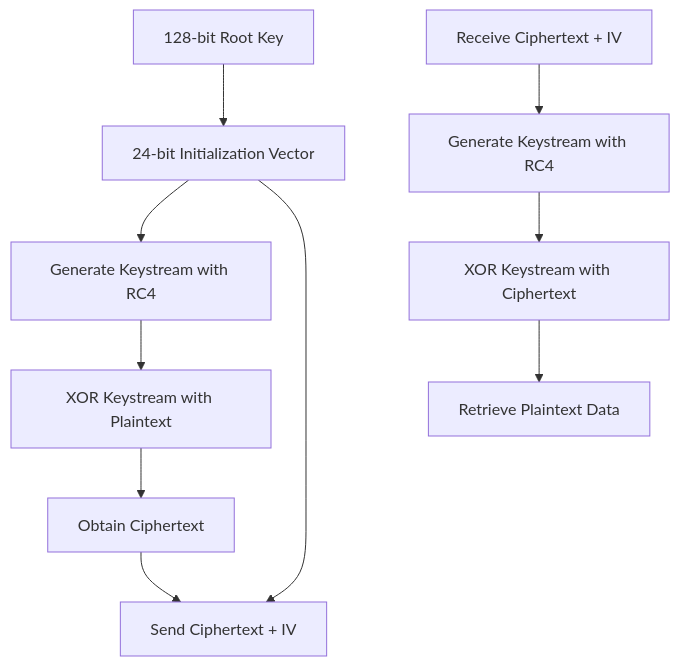
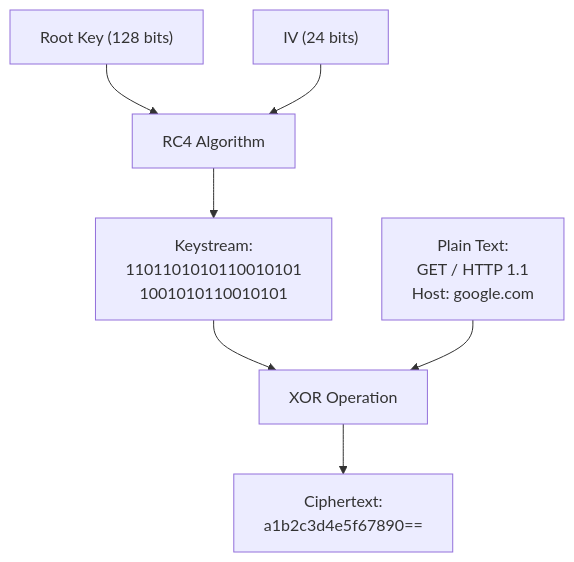
The second of 4 diagrams in posts/wireless03/index.md (Pr0xyG33k/Pr0xyG33k.github.io), drawn with Mermaid before and after one commit. The commit also changed other lines of this file and 32 other files, not shown here.

````diff
--- a/posts/wireless03/index.md
+++ b/posts/wireless03/index.md
@@ -35,25 +40,19 @@
 ```mermaid
 graph TD
-        RK[128-bit Root Key]
-        IV[24-bit Initialization Vector]
-        RK --> IV
+    RootKey["Root Key (128 bits)"]
+    IV["IV (24 bits)"]
+    RC4["RC4 Algorithm"]
+    Keystream["Keystream:<br>1101101010110010101<br>1001010110010101"]
+    Plaintext["Plain Text:\nGET / HTTP 1.1\nHost: google.com"]
+    XOR["XOR Operation"]
+    Ciphertext["Ciphertext:\na1b2c3d4e5f67890=="]
 
-        KS[Generate Keystream with RC4]
-        XOR[XOR Keystream with Plaintext]
-        CT[Obtain Ciphertext]
-        IV --> KS
-        KS --> XOR
-        XOR --> CT
+    RootKey --> RC4
+    IV --> RC4
+    RC4 --> Keystream
+    Keystream --> XOR
+    Plaintext --> XOR
+    XOR --> Ciphertext
 
-        TX[Send Ciphertext + IV]
-        CT --> TX
-        IV --> TX
 
-        RX[Receive Ciphertext + IV]
-        KS2[Generate Keystream with RC4]
-        XOR2[XOR Keystream with Ciphertext]
-        PT[Retrieve Plaintext Data]
-        RX --> KS2
-        KS2 --> XOR2
-        XOR2 --> PT
 ```
````
